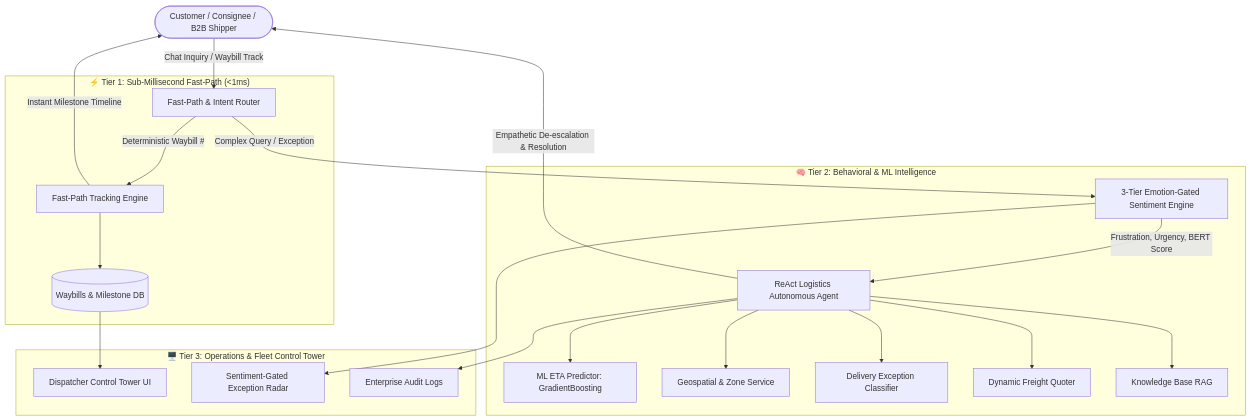
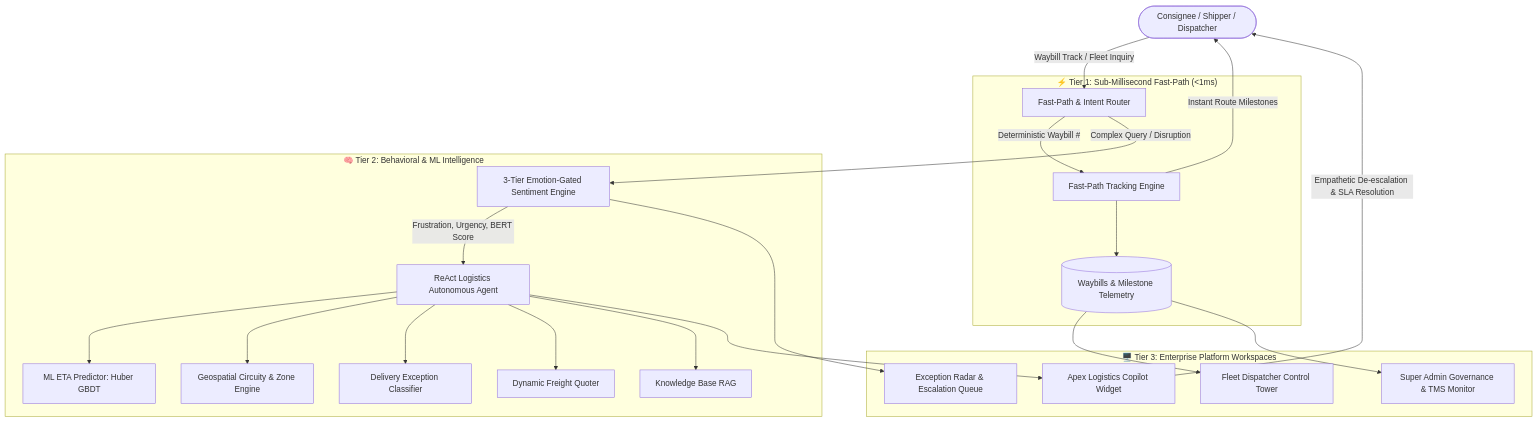
The diagram in LOGISTICS_PRODUCT_OVERVIEW.md (ubashir43/Apex-Logistics-AI-Autonomous-Multi-Carrier-Fleet-Control-Tower-Platform), drawn with Mermaid before and after one commit. The commit also changed other lines of this file and 3 other files, not shown here.

Commit message:
docs: update Logistics Product Overview, README, and add Comprehensive Apex Logistics AI System Guide

````diff
--- a/LOGISTICS_PRODUCT_OVERVIEW.md
+++ b/LOGISTICS_PRODUCT_OVERVIEW.md
@@ -50,29 +52,30 @@
 ```mermaid
 graph TD
-    User([Customer / Consignee / B2B Shipper]) -->|Chat Inquiry / Waybill Track| Ingestion[Fast-Path & Intent Router]
+    User([Consignee / Shipper / Dispatcher]) -->|Waybill Track / Fleet Inquiry| Ingestion[Fast-Path & Intent Router]
     
     subgraph "⚡ Tier 1: Sub-Millisecond Fast-Path (<1ms)"
         Ingestion -->|Deterministic Waybill #| QuickTracker[Fast-Path Tracking Engine]
-        QuickTracker --> TelemetryDB[(Waybills & Milestone DB)]
+        QuickTracker --> TelemetryDB[(Waybills & Milestone Telemetry)]
     end
     
     subgraph "🧠 Tier 2: Behavioral & ML Intelligence"
-        Ingestion -->|Complex Query / Exception| SentEngine[3-Tier Emotion-Gated Sentiment Engine]
+        Ingestion -->|Complex Query / Disruption| SentEngine[3-Tier Emotion-Gated Sentiment Engine]
         SentEngine -->|Frustration, Urgency, BERT Score| Agent[ReAct Logistics Autonomous Agent]
         
-        Agent --> Tool1[ML ETA Predictor: GradientBoosting]
-        Agent --> Tool2[Geospatial & Zone Service]
+        Agent --> Tool1[ML ETA Predictor: Huber GBDT]
+        Agent --> Tool2[Geospatial Circuity & Zone Engine]
         Agent --> Tool3[Delivery Exception Classifier]
         Agent --> Tool4[Dynamic Freight Quoter]
         Agent --> Tool5[Knowledge Base RAG]
     end
     
-    subgraph "🖥️ Tier 3: Operations & Fleet Control Tower"
-        TelemetryDB --> ControlTower[Dispatcher Control Tower UI]
-        SentEngine --> Radar[Sentiment-Gated Exception Radar]
-        Agent --> Audit[Enterprise Audit Logs]
+    subgraph "🖥️ Tier 3: Enterprise Platform Workspaces"
+        TelemetryDB --> DispatcherTower[Fleet Dispatcher Control Tower]
+        TelemetryDB --> SuperAdmin[Super Admin Governance & TMS Monitor]
+        SentEngine --> Radar[Exception Radar & Escalation Queue]
+        Agent --> Copilot[Apex Logistics Copilot Widget]
     end
     
-    QuickTracker -->|Instant Milestone Timeline| User
-    Agent -->|Empathetic De-escalation & Resolution| User
+    QuickTracker -->|Instant Route Milestones| User
+    Copilot -->|Empathetic De-escalation & SLA Resolution| User
 ```
````
